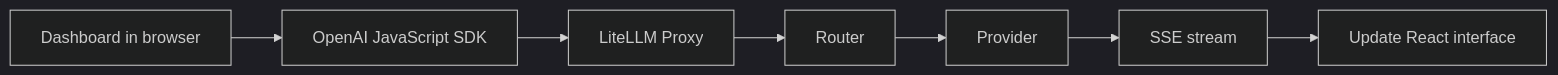
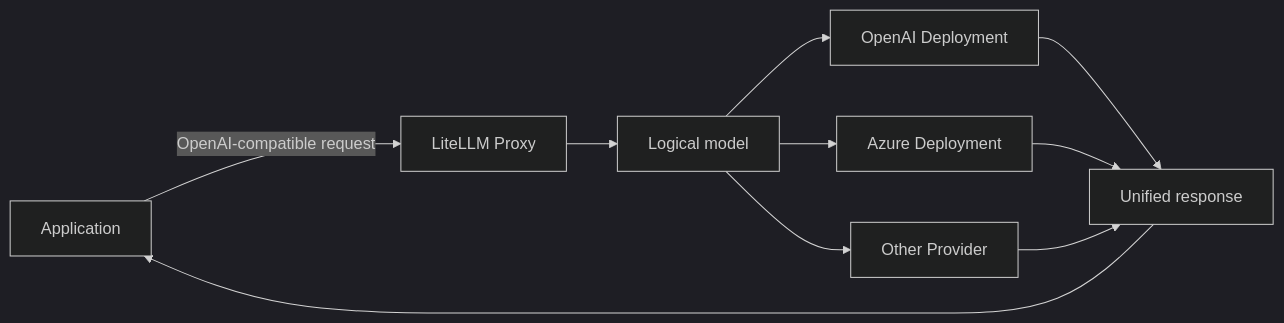
One commit to zj75968-cpu/docusaurus changed the diagram in website/i18n/en/docusaurus-plugin-content-docs/current/knowledge-base/guides/litellm-project-guide.md. Above: the diagram before and after it, drawn with Mermaid (dark theme). The commit also changed other lines of this file and 7 other files, not shown here.

Commit message:
docs(knowledge-base): add LiteLLM learning path and featured homepage content (AI-assisted)

````diff
--- a/website/i18n/en/docusaurus-plugin-content-docs/current/knowledge-base/guides/litellm-project-guide.md
+++ b/website/i18n/en/docusaurus-plugin-content-docs/current/knowledge-base/guides/litellm-project-guide.md
@@ -426,9 +57,12 @@
 ```mermaid
 flowchart LR
-    A["Dashboard in browser"] --> B["OpenAI JavaScript SDK"]
-    B --> C["LiteLLM Proxy"]
-    C --> D["Router"]
-    D --> E["Provider"]
-    E --> F["SSE stream"]
-    F --> G["Update React interface"]
+    A["Application"] -->|OpenAI-compatible request| B["LiteLLM Proxy"]
+    B --> C["Logical model"]
+    C --> D["OpenAI Deployment"]
+    C --> E["Azure Deployment"]
+    C --> F["Other Provider"]
+    D --> G["Unified response"]
+    E --> G
+    F --> G
+    G --> A
 ```
````
